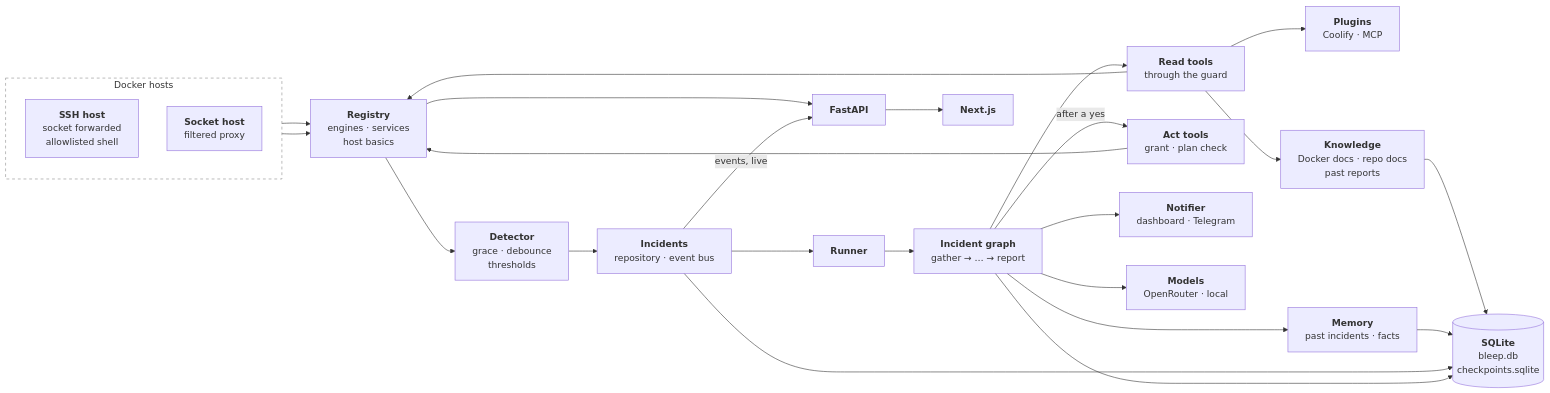
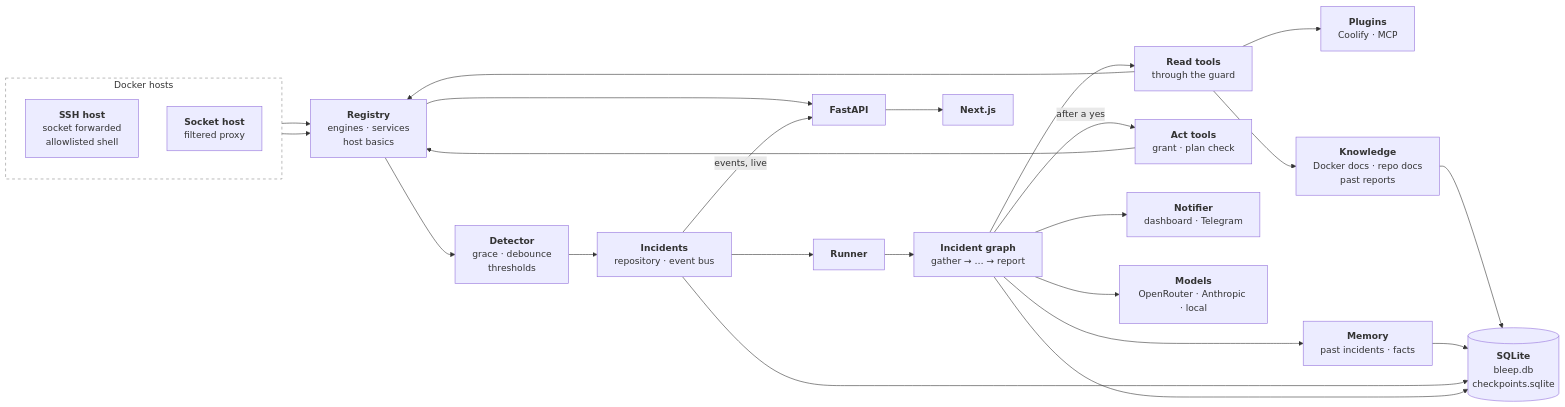
Before and after one commit to DannyKuk/bleep: the diagram in docs/architecture.md, drawn with Mermaid. The commit also changed other lines of this file and 23 other files, not shown here.

First line of the commit message:
Add the Anthropic API as a model provider next to OpenRouter and local (#504) (#516)

````diff
--- a/docs/architecture.md
+++ b/docs/architecture.md
@@ -7,38 +7,38 @@
 ```mermaid
 flowchart LR
     subgraph HOSTS["Docker hosts"]
         direction TB
         SSH["<b>SSH host</b><br/>socket forwarded<br/>allowlisted shell"]
         SOCK["<b>Socket host</b><br/>filtered proxy"]
     end
     REG["<b>Registry</b><br/>engines · services<br/>host basics"]
     DET["<b>Detector</b><br/>grace · debounce<br/>thresholds"]
     INC["<b>Incidents</b><br/>repository · event bus"]
     RUN["<b>Runner</b>"]
     GRAPH["<b>Incident graph</b><br/>gather → … → report"]
     TOOLS["<b>Read tools</b><br/>through the guard"]
     ACT["<b>Act tools</b><br/>grant · plan check"]
     PLUG["<b>Plugins</b><br/>Coolify · MCP"]
     NOTIFY["<b>Notifier</b><br/>dashboard · Telegram"]
-    LLM["<b>Models</b><br/>OpenRouter · local"]
+    LLM["<b>Models</b><br/>OpenRouter · Anthropic · local"]
     MEM["<b>Memory</b><br/>past incidents · facts"]
     KNOW["<b>Knowledge</b><br/>Docker docs · repo docs<br/>past reports"]
     DB[("<b>SQLite</b><br/>bleep.db<br/>checkpoints.sqlite")]
     API["<b>FastAPI</b>"]
     FE["<b>Next.js</b>"]
     SSH --> REG
     SOCK --> REG
     REG --> DET --> INC --> RUN --> GRAPH
     GRAPH --> TOOLS --> REG
     GRAPH -->|after a yes| ACT --> REG
     TOOLS --> PLUG
     GRAPH --> NOTIFY
     TOOLS --> KNOW --> DB
     GRAPH --> LLM
     GRAPH --> MEM --> DB
     INC --> DB
     GRAPH --> DB
     REG --> API --> FE
     INC -->|events, live| API
     style HOSTS fill:none,stroke:#888,stroke-dasharray:5 5
 ```
````
